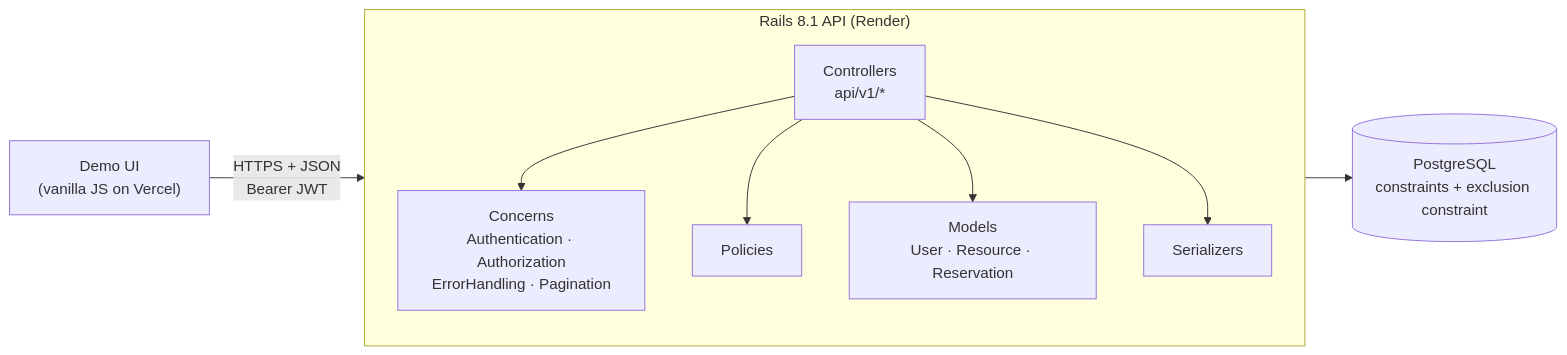
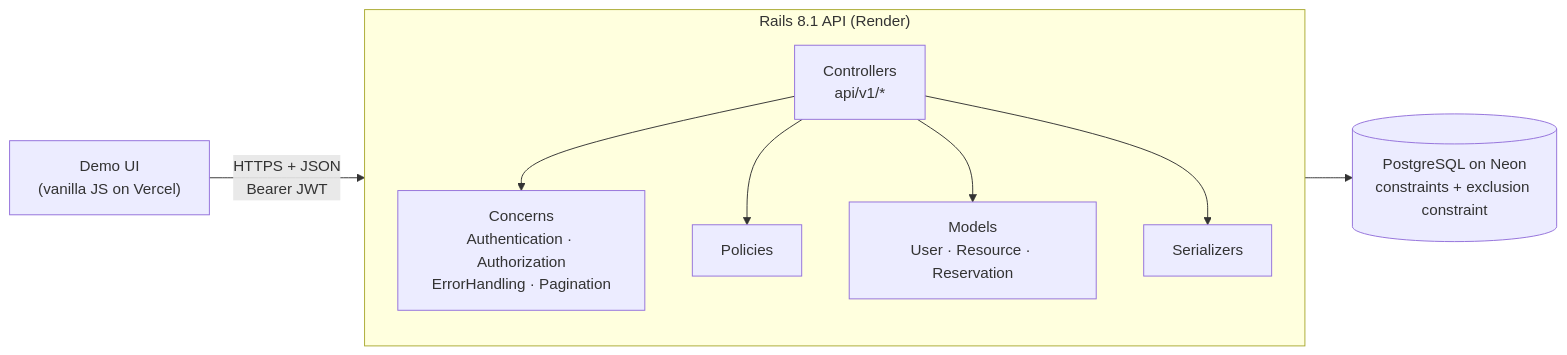
Before and after one commit to nishithata/community-reservations-api: the first of 4 diagrams in README.md, drawn with Mermaid. The commit also changed other lines of this file and 2 other files, not shown here.

First line of the commit message:
Host PostgreSQL on Neon instead of a Render free database

````diff
--- a/README.md
+++ b/README.md
@@ -50,14 +50,14 @@
 ```mermaid
 flowchart LR
     UI["Demo UI<br/>(vanilla JS on Vercel)"] -- "HTTPS + JSON<br/>Bearer JWT" --> API
 
     subgraph API["Rails 8.1 API (Render)"]
         direction TB
         C["Controllers<br/>api/v1/*"] --> CON["Concerns<br/>Authentication · Authorization<br/>ErrorHandling · Pagination"]
         C --> P["Policies"]
         C --> M["Models<br/>User · Resource · Reservation"]
         C --> S["Serializers"]
     end
 
-    M --> DB[("PostgreSQL<br/>constraints + exclusion constraint")]
+    M --> DB[("PostgreSQL on Neon<br/>constraints + exclusion constraint")]
 ```
````
